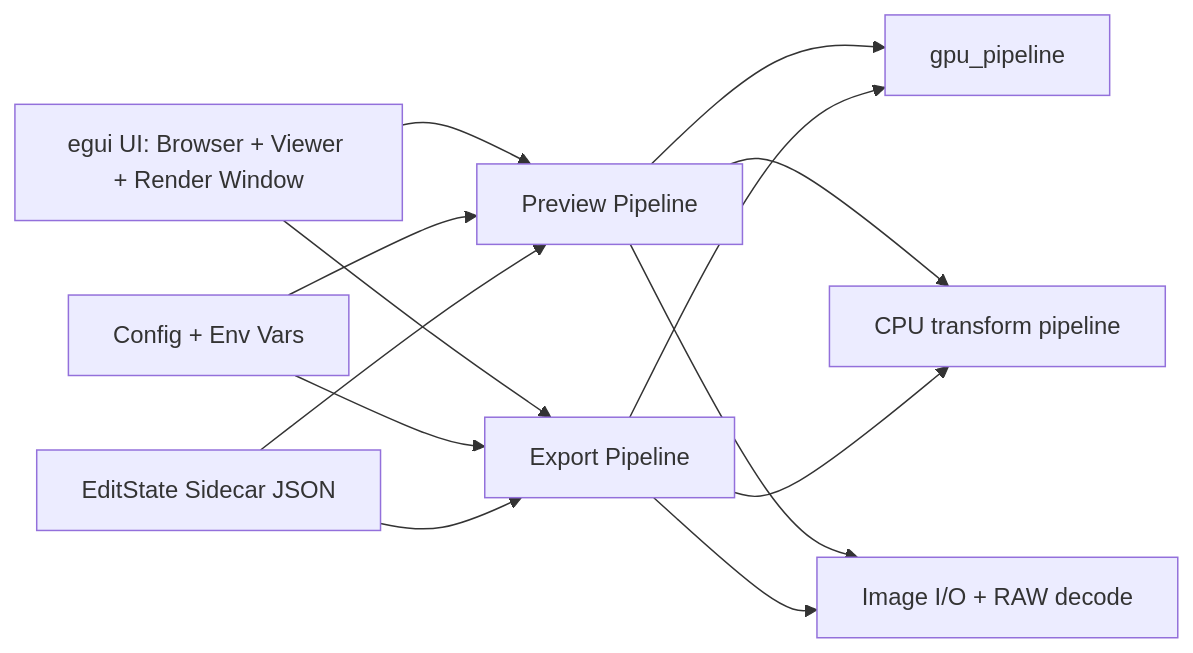
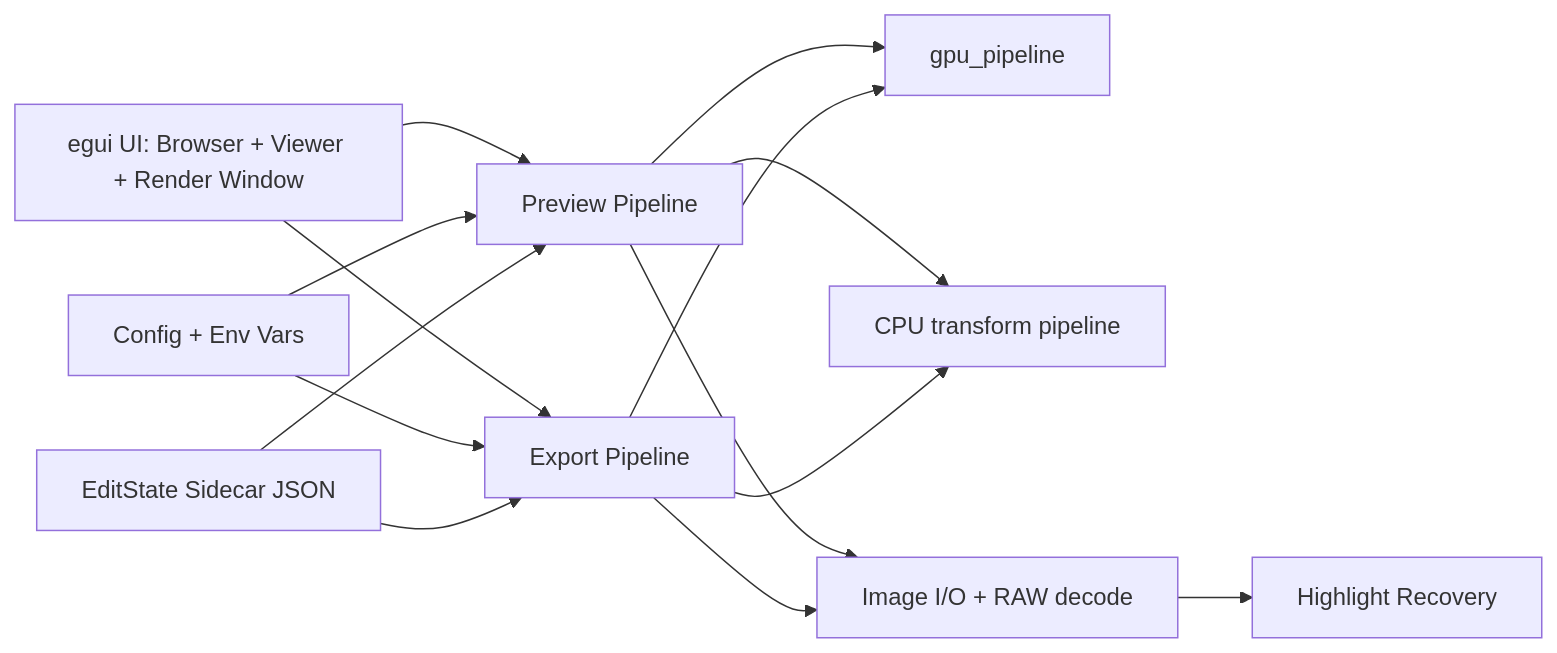
Before and after one commit to divanvisagie/Photograph: the first of 5 diagrams in docs/pipeline-architecture.md, drawn with Mermaid. The commit also changed other lines of this file and 4 other files, not shown here.

````diff
--- a/docs/pipeline-architecture.md
+++ b/docs/pipeline-architecture.md
@@ -14,24 +14,26 @@
 ```mermaid
 flowchart LR
     UI[egui UI: Browser + Viewer + Render Window]
     CONFIG[Config + Env Vars]
     EDITS[EditState Sidecar JSON]
     PREVIEW[Preview Pipeline]
     EXPORT[Export Pipeline]
     GPU[gpu_pipeline]
     CPU[CPU transform pipeline]
     IO[Image I/O + RAW decode]
+    HR[Highlight Recovery]
 
     UI --> PREVIEW
     UI --> EXPORT
     CONFIG --> PREVIEW
     CONFIG --> EXPORT
     EDITS --> PREVIEW
     EDITS --> EXPORT
     PREVIEW --> GPU
     PREVIEW --> CPU
     EXPORT --> GPU
     EXPORT --> CPU
     PREVIEW --> IO
     EXPORT --> IO
+    IO --> HR
 ```
````
